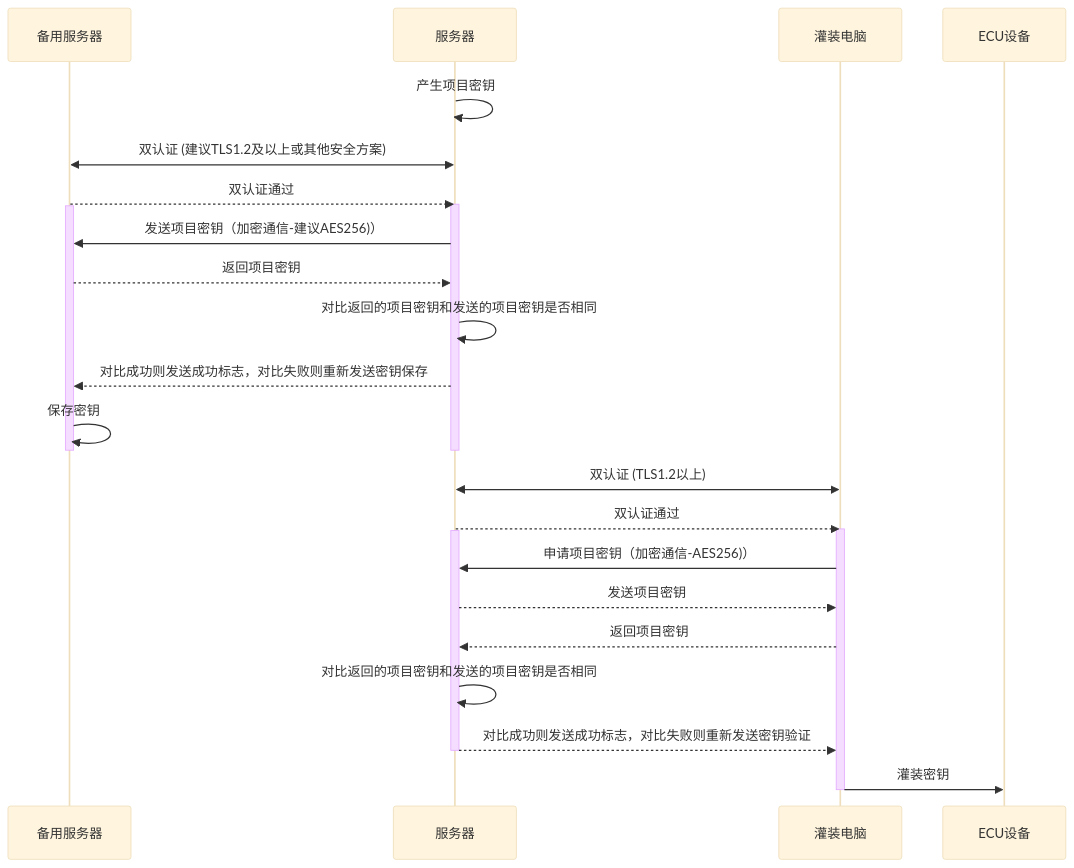
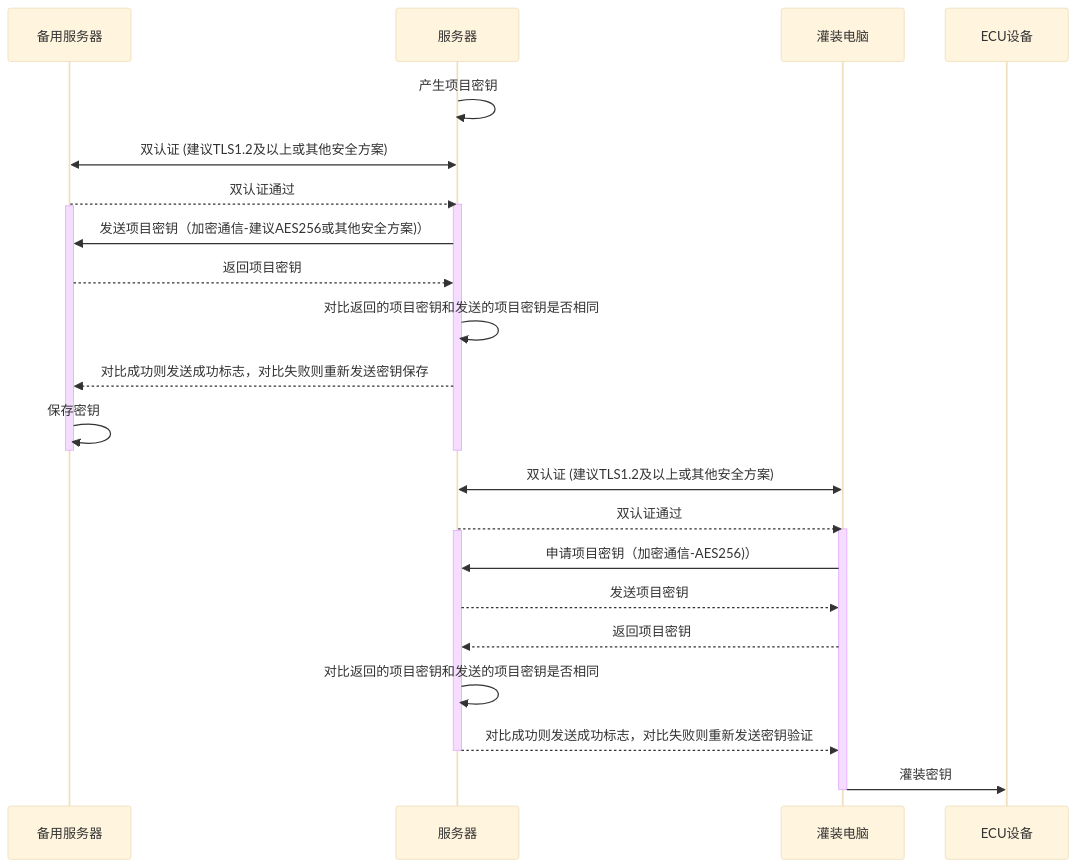
The diagram in all/未命名-10.md (facebook-cloud/iodraw-files), drawn with Mermaid (base theme) before and after one commit.

Commit message:
2026-01-23 13:34:41 update

````diff
--- a/all/未命名-10.md
+++ b/all/未命名-10.md
@@ -1,35 +1,35 @@
 ```mermaid
 sequenceDiagram
     participant B as 备用服务器
     participant A as 服务器
     participant C as 灌装电脑
     participant D as ECU设备
 
     A->>A: 产生项目密钥
     A<<->>B: 双认证 (建议TLS1.2及以上或其他安全方案)
     B-->>A: 双认证通过
     activate A
     activate B
-    A->>B: 发送项目密钥（加密通信-建议AES256)）
+    A->>B: 发送项目密钥（加密通信-建议AES256或其他安全方案)）
     B-->>A: 返回项目密钥
 
     A->>A: 对比返回的项目密钥和发送的项目密钥是否相同
     A-->>B: 对比成功则发送成功标志，对比失败则重新发送密钥保存
     B->>B: 保存密钥
     deactivate B
     deactivate A
 
-    C<<->>A: 双认证 (TLS1.2以上)
+    C<<->>A: 双认证 (建议TLS1.2及以上或其他安全方案)
     A-->>C: 双认证通过
     activate C
     activate A
     C->>A: 申请项目密钥（加密通信-AES256)）
     A-->>C: 发送项目密钥
     C-->>A: 返回项目密钥
     A->>A: 对比返回的项目密钥和发送的项目密钥是否相同
     A-->>C: 对比成功则发送成功标志，对比失败则重新发送密钥验证
     deactivate A
     C->>D: 灌装密钥
     deactivate C
 
 ```
````
